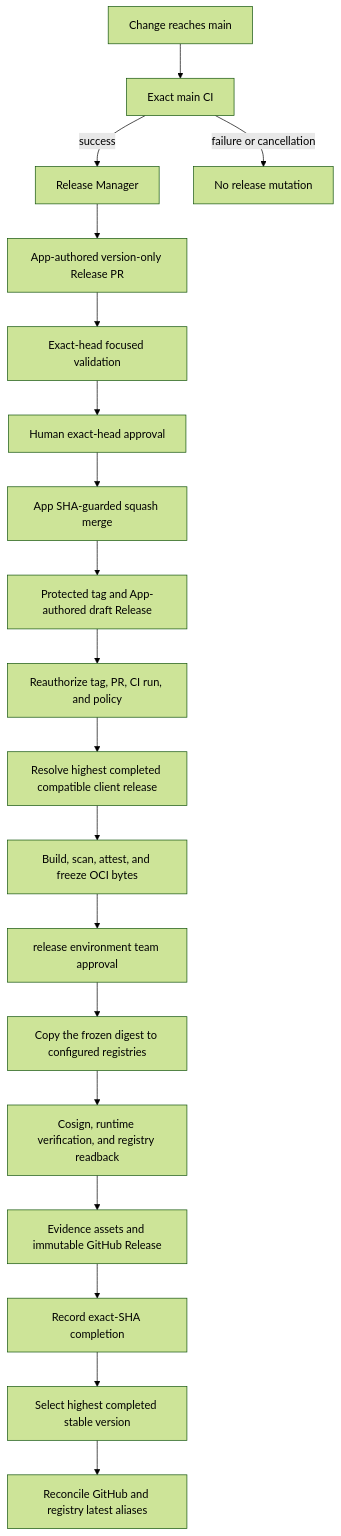
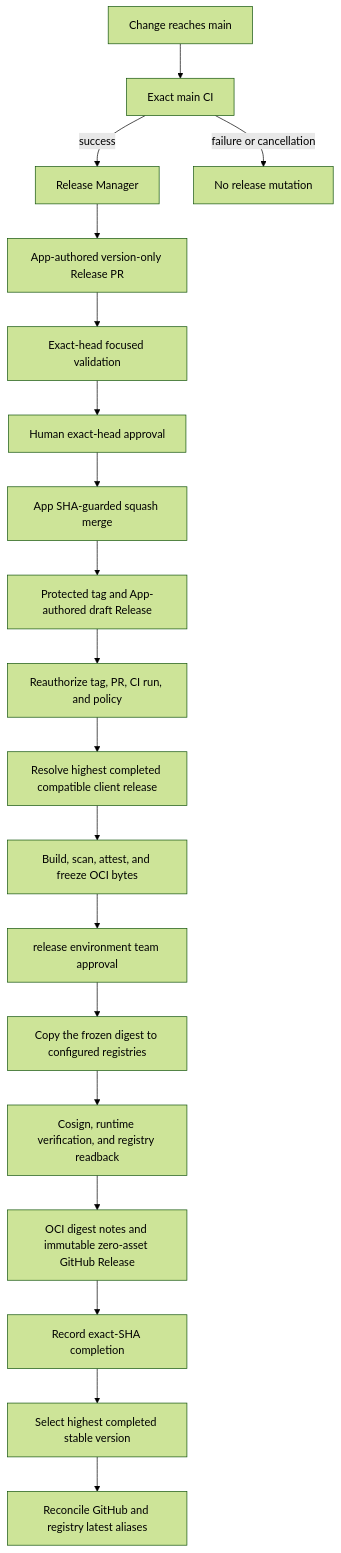
The diagram in docs/releasing.md (camellia-computing/nexus-management-server), drawn with Mermaid (forest theme) before and after one commit. The commit also changed other lines of this file and 6 other files, not shown here.

Commit message:
fix(release): publish server as OCI-only release (#17)

````diff
--- a/docs/releasing.md
+++ b/docs/releasing.md
@@ -14,21 +14,21 @@
 ```mermaid
 flowchart TD
   CHANGE[Change reaches main] --> CI[Exact main CI]
   CI -->|success| MANAGER[Release Manager]
   CI -->|failure or cancellation| STOP[No release mutation]
   MANAGER --> PR[App-authored version-only Release PR]
   PR --> CHECK[Exact-head focused validation]
   CHECK --> REVIEW[Human exact-head approval]
   REVIEW --> MERGE[App SHA-guarded squash merge]
   MERGE --> DRAFT[Protected tag and App-authored draft Release]
   DRAFT --> AUTH[Reauthorize tag, PR, CI run, and policy]
   AUTH --> DEP[Resolve highest completed compatible client release]
   DEP --> FREEZE[Build, scan, attest, and freeze OCI bytes]
   FREEZE --> APPROVE[release environment team approval]
   APPROVE --> COPY[Copy the frozen digest to configured registries]
   COPY --> SIGN[Cosign, runtime verification, and registry readback]
-  SIGN --> RELEASE[Evidence assets and immutable GitHub Release]
+  SIGN --> RELEASE[OCI digest notes and immutable zero-asset GitHub Release]
   RELEASE --> COMPLETE[Record exact-SHA completion]
   COMPLETE --> LATEST[Select highest completed stable version]
   LATEST --> DONE[Reconcile GitHub and registry latest aliases]
 ```
````
